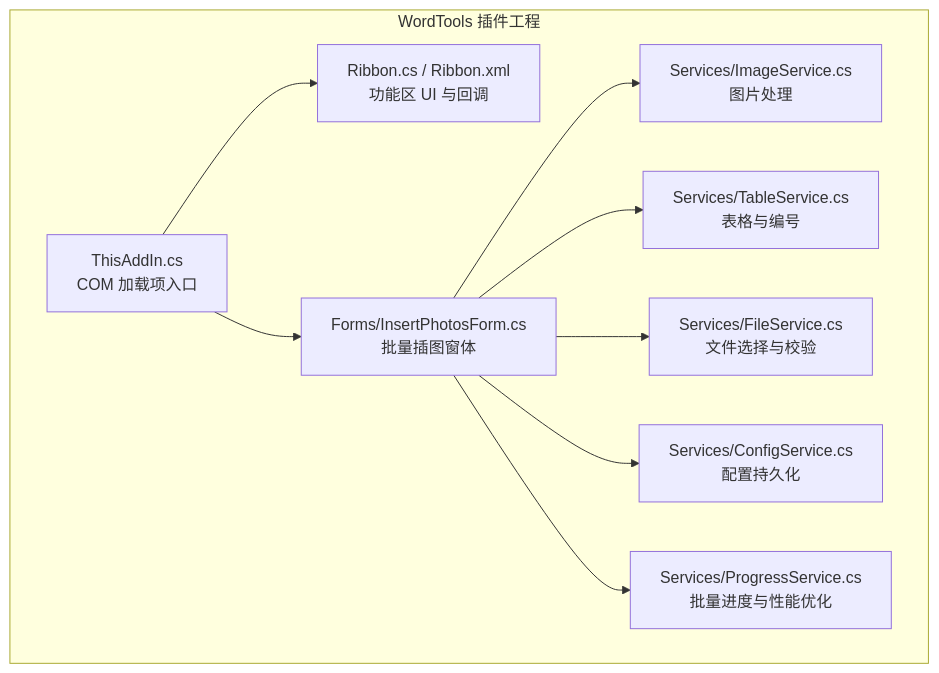
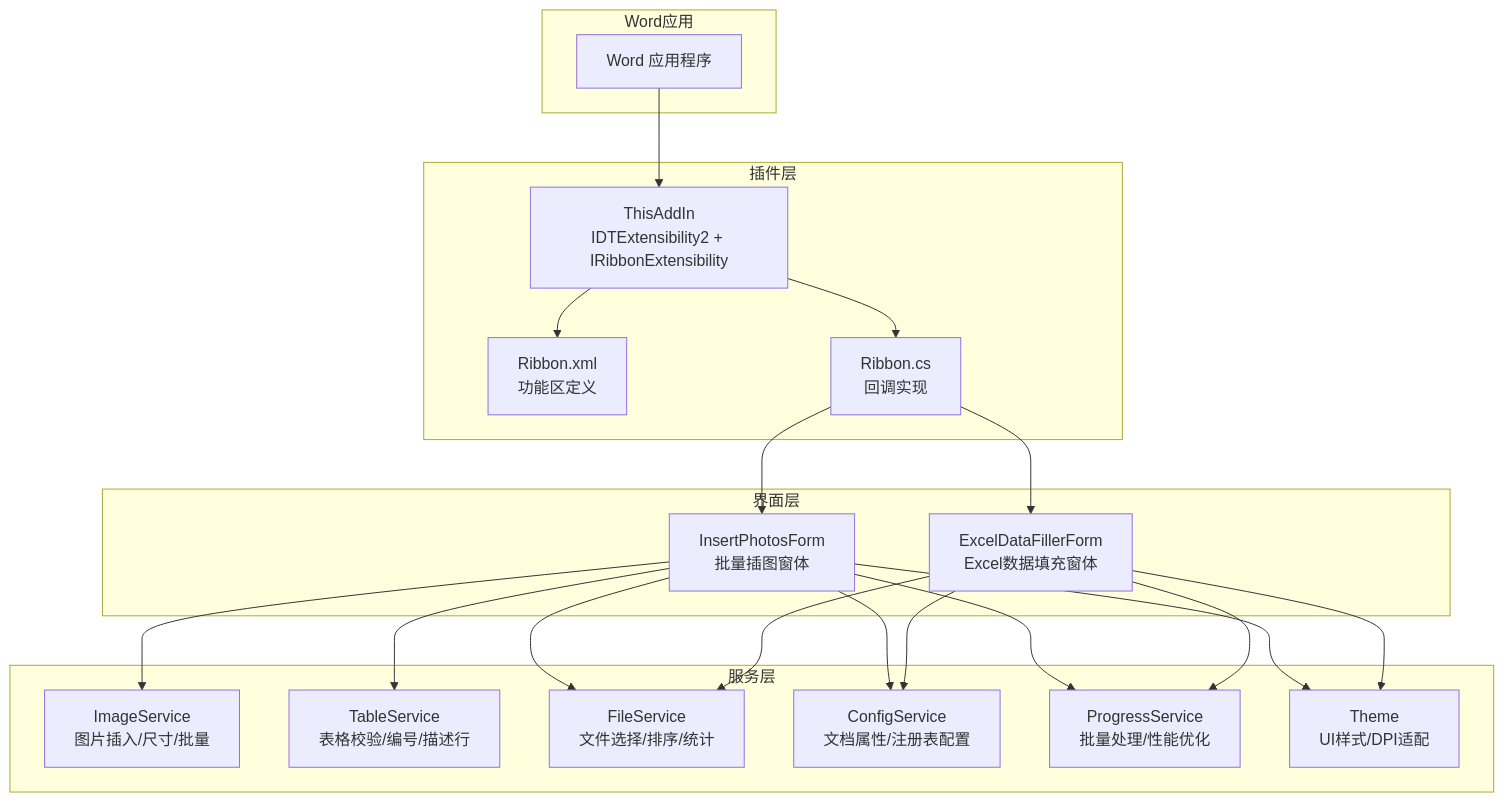
Before and after one commit to rainiva/WordTools: the first of 5 diagrams in .qoder/repowiki/zh/content/项目概述.md, drawn with Mermaid. The commit also changed other lines of this file and 63 other files, not shown here.

First line of the commit message:
全面优化：代码质量修复、自动编号重构、插图性能优化

````diff
--- a/.qoder/repowiki/zh/content/项目概述.md
+++ b/.qoder/repowiki/zh/content/项目概述.md
@@ -61,20 +44,38 @@
 ```mermaid
 graph TB
-subgraph "WordTools 插件工程"
-A["ThisAddIn.cs<br/>COM 加载项入口"]
-B["Ribbon.cs / Ribbon.xml<br/>功能区 UI 与回调"]
-C["Forms/InsertPhotosForm.cs<br/>批量插图窗体"]
-S1["Services/ImageService.cs<br/>图片处理"]
-S2["Services/TableService.cs<br/>表格与编号"]
-S3["Services/FileService.cs<br/>文件选择与校验"]
-S4["Services/ConfigService.cs<br/>配置持久化"]
-S5["Services/ProgressService.cs<br/>批量进度与性能优化"]
+subgraph "Word应用"
+WordApp["Word 应用程序"]
 end
-A --> B
-A --> C
-C --> S1
-C --> S2
-C --> S3
-C --> S4
-C --> S5
+subgraph "插件层"
+ThisAddIn["ThisAddIn<br/>IDTExtensibility2 + IRibbonExtensibility"]
+RibbonXML["Ribbon.xml<br/>功能区定义"]
+RibbonCS["Ribbon.cs<br/>回调实现"]
+end
+subgraph "界面层"
+InsertPhotos["InsertPhotosForm<br/>批量插图窗体"]
+ExcelFiller["ExcelDataFillerForm<br/>Excel数据填充窗体"]
+end
+subgraph "服务层"
+ImgSvc["ImageService<br/>图片插入/尺寸/批量"]
+TblSvc["TableService<br/>表格校验/编号/描述行"]
+FileSvc["FileService<br/>文件选择/排序/统计"]
+CfgSvc["ConfigService<br/>文档属性/注册表配置"]
+ProgSvc["ProgressService<br/>批量处理/性能优化"]
+Theme["Theme<br/>UI样式/DPI适配"]
+end
+WordApp --> ThisAddIn
+ThisAddIn --> RibbonXML
+ThisAddIn --> RibbonCS
+RibbonCS --> InsertPhotos
+RibbonCS --> ExcelFiller
+InsertPhotos --> ImgSvc
+InsertPhotos --> TblSvc
+InsertPhotos --> FileSvc
+InsertPhotos --> CfgSvc
+InsertPhotos --> ProgSvc
+ExcelFiller --> FileSvc
+ExcelFiller --> CfgSvc
+ExcelFiller --> ProgSvc
+InsertPhotos --> Theme
+ExcelFiller --> Theme
 ```
````
